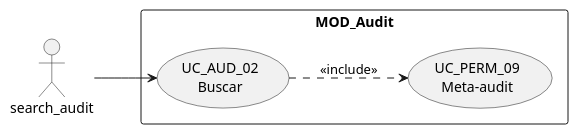
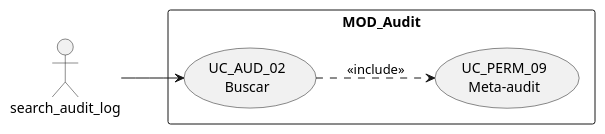
One commit to jcg-admin/IACT-docs changed the first of 4 diagrams in source/requisitos/casos-uso/audit/uc-aud-02/diagramas-uml.rst. Above: the diagram before and after it, drawn with PlantUML. The commit also changed 157 other files, not shown here.

First line of the commit message:
Enforce catalog function names across all diagrams

```diff
--- a/source/requisitos/casos-uso/audit/uc-aud-02/diagramas-uml.rst
+++ b/source/requisitos/casos-uso/audit/uc-aud-02/diagramas-uml.rst
@@ -10,12 +10,12 @@
 .. uml::
 
  @startuml
  left to right direction
- actor "search_audit" as USR
+ actor "search_audit_log" as USR
  rectangle "MOD_Audit" {
    usecase "UC_AUD_02\nBuscar" as UC02
    usecase "UC_PERM_09\nMeta-audit" as M
  }
  USR --> UC02
  UC02 ..> M : <<include>>
  @enduml
```
